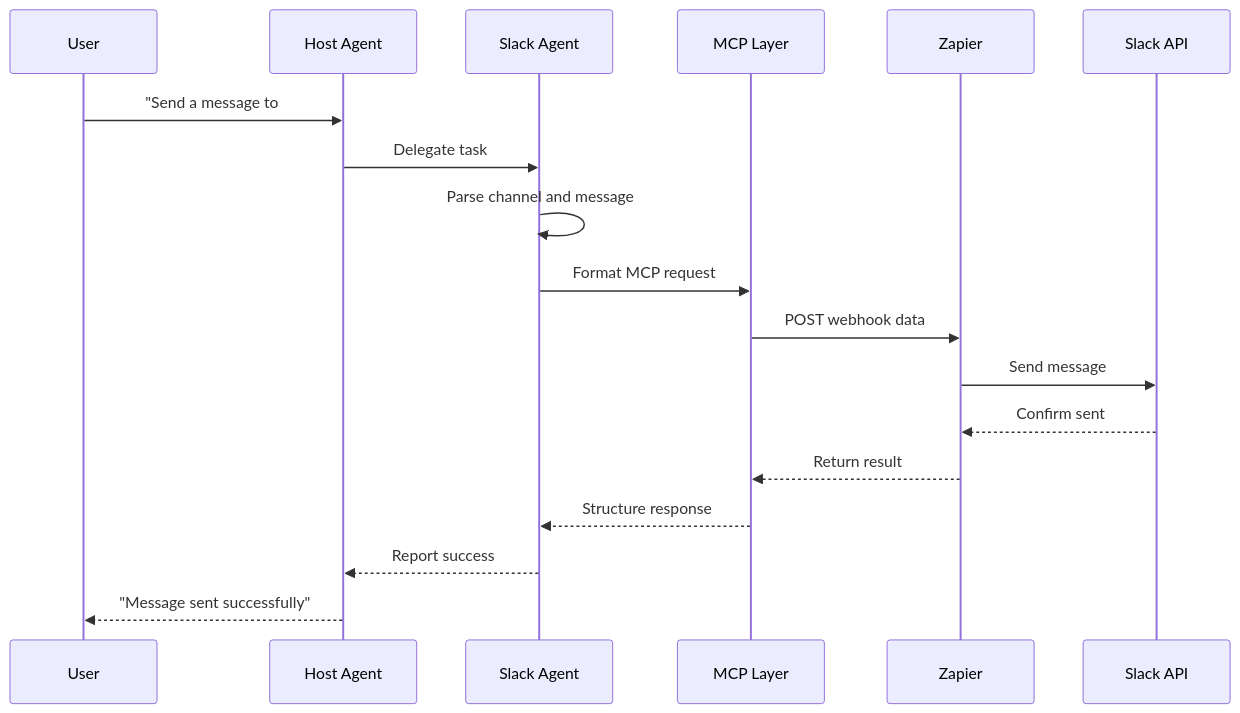
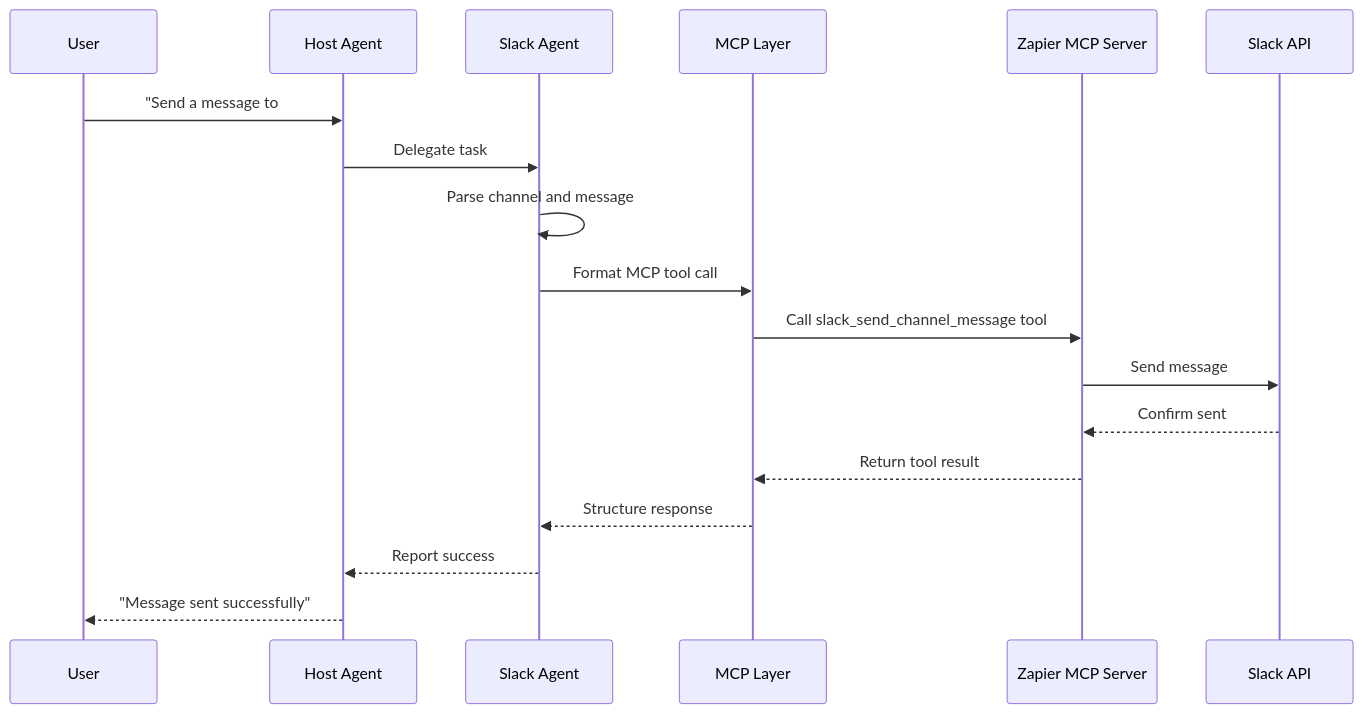
The second of 3 diagrams in README.md (DamienBench/a2a-mcp-webhook-workshop), drawn with Mermaid before and after one commit. The commit also changed other lines of this file, not shown here.

Commit message:
update diagrams

````diff
--- a/README.md
+++ b/README.md
@@ -88,21 +87,21 @@
 ```mermaid
 sequenceDiagram
     participant User as User
     participant Host as Host Agent
     participant Slack as Slack Agent
     participant MCP as MCP Layer
-    participant Zapier as Zapier
+    participant Zapier as Zapier MCP Server
     participant SlackAPI as Slack API
     
     User->>Host: "Send a message to #general"
     Host->>Slack: Delegate task
     Slack->>Slack: Parse channel and message
-    Slack->>MCP: Format MCP request
-    MCP->>Zapier: POST webhook data
+    Slack->>MCP: Format MCP tool call
+    MCP->>Zapier: Call slack_send_channel_message tool
     Zapier->>SlackAPI: Send message
     SlackAPI-->>Zapier: Confirm sent
-    Zapier-->>MCP: Return result
+    Zapier-->>MCP: Return tool result
     MCP-->>Slack: Structure response
     Slack-->>Host: Report success
     Host-->>User: "Message sent successfully"
 ```
````
